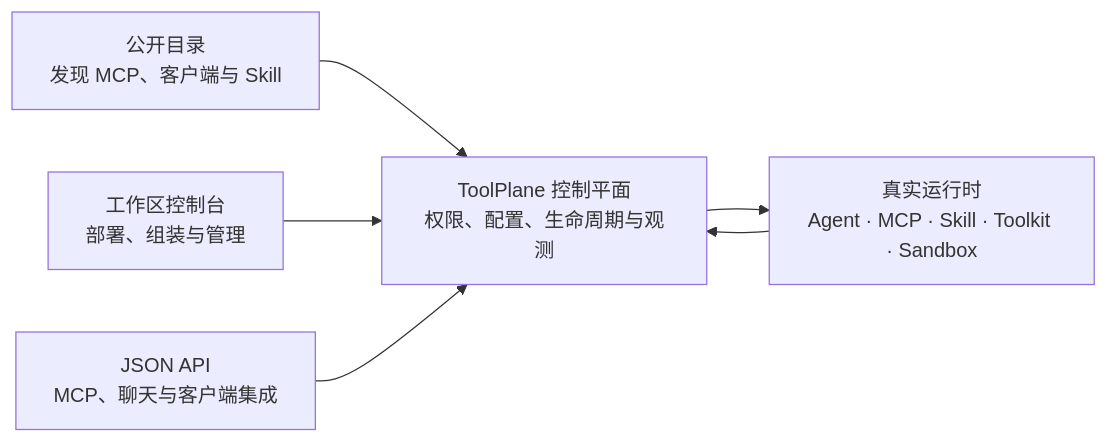
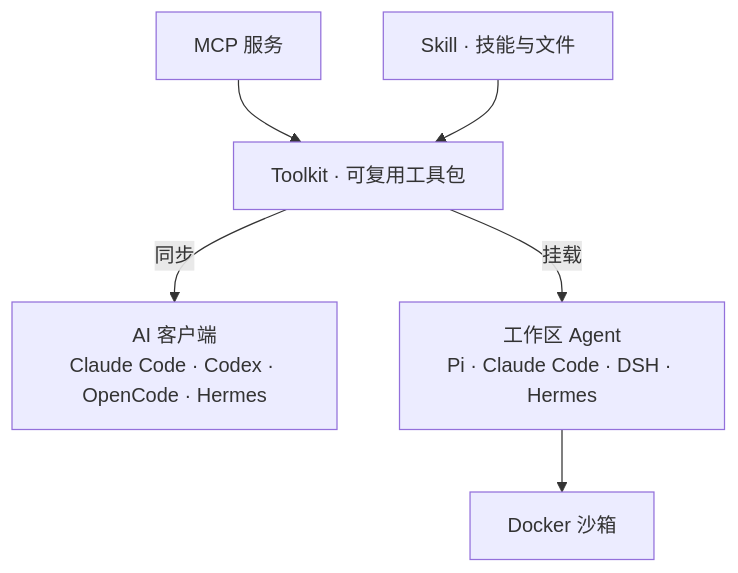
The diagram in README.md (asharca/ToolPlane), drawn with Mermaid before and after one commit. The commit also changed other lines of this file and 4 other files, not shown here.

First line of the commit message:
docs: simplify README and use Mermaid overview

````diff
--- a/README.md
+++ b/README.md
@@ -27,14 +19,8 @@
 ```mermaid
-flowchart LR
-  Directory["公开目录<br/>发现 MCP、客户端与 Skill"]
-  Console["工作区控制台<br/>部署、组装与管理"]
-  Api["JSON API<br/>MCP、聊天与客户端集成"]
-  Plane["ToolPlane 控制平面<br/>权限、配置、生命周期与观测"]
-  Runtime["真实运行时<br/>Agent · MCP · Skill · Toolkit · Sandbox"]
-
-  Directory --> Plane
-  Console --> Plane
-  Api --> Plane
-  Plane --> Runtime
-  Runtime --> Plane
+flowchart TB
+  MCP["MCP 服务"] --> Toolkit["Toolkit · 可复用工具包"]
+  Skills["Skill · 技能与文件"] --> Toolkit
+  Toolkit -->|同步| Clients["AI 客户端<br/>Claude Code · Codex · OpenCode · Hermes"]
+  Toolkit -->|挂载| Agent["工作区 Agent<br/>Pi · Claude Code · DSH · Hermes"]
+  Agent --> Sandbox["Docker 沙箱"]
 ```
````
